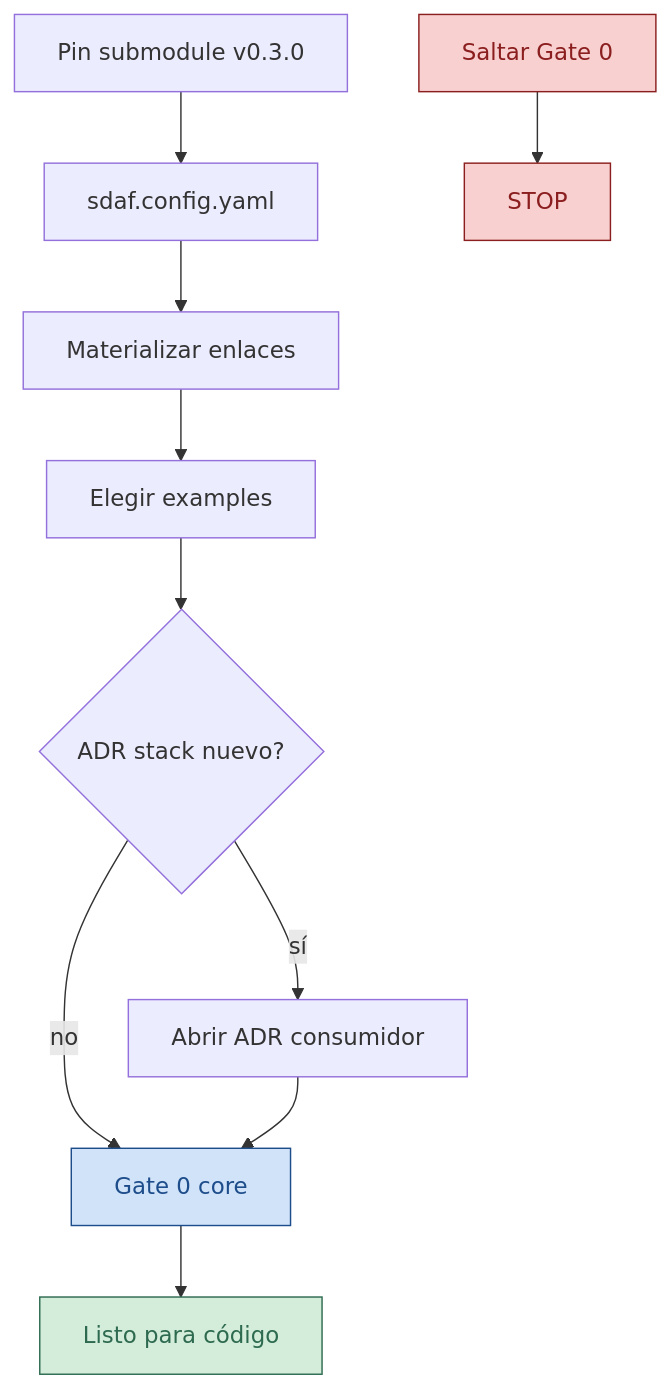
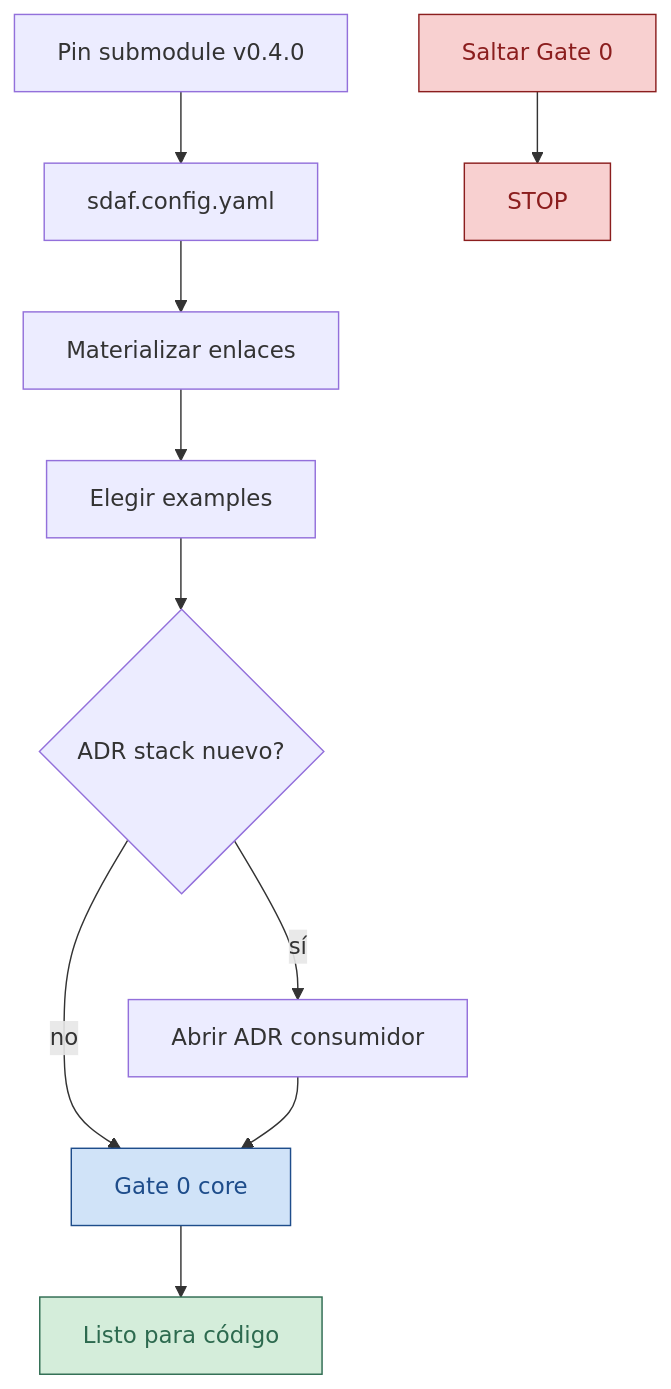
One commit to Cyberdine-Systems-Corporation/sdaf-stack-dotnet changed the diagram in ADOPT.md. Above: the diagram before and after it, drawn with Mermaid. The commit also changed other lines of this file and 31 other files, not shown here.

Commit message:
feat(pack): compat sdaf-core 0.6.x, manifiesto sdaf-pack.yaml y release 0.4.0

````diff
--- a/ADOPT.md
+++ b/ADOPT.md
@@ -24,22 +24,22 @@
 ```mermaid
 flowchart TD
-  pin[Pin submodule v0.3.0] --> cfg[sdaf.config.yaml]
+  pin[Pin submodule v0.4.0] --> cfg[sdaf.config.yaml]
   cfg --> mat[Materializar enlaces]
   mat --> ex[Elegir examples]
   ex --> adr{ADR stack nuevo?}
   adr -->|sí| openAdr[Abrir ADR consumidor]
   adr -->|no| gate0[Gate 0 core]
   openAdr --> gate0
   gate0 --> ready[Listo para código]
   skip[Saltar Gate 0] --> stop[STOP]
 
   classDef stop fill:#f8d0d0,stroke:#8b1e1e,color:#8b1e1e
   classDef ok fill:#d4edda,stroke:#2d6a4f,color:#2d6a4f
   classDef stub fill:#e9ecef,stroke:#6c757d,color:#6c757d
   classDef core fill:#d0e3f8,stroke:#1e4d8b,color:#1e4d8b
 
   class stop stop
   class ready ok
   class skip stop
   class gate0 core
 ```
````
